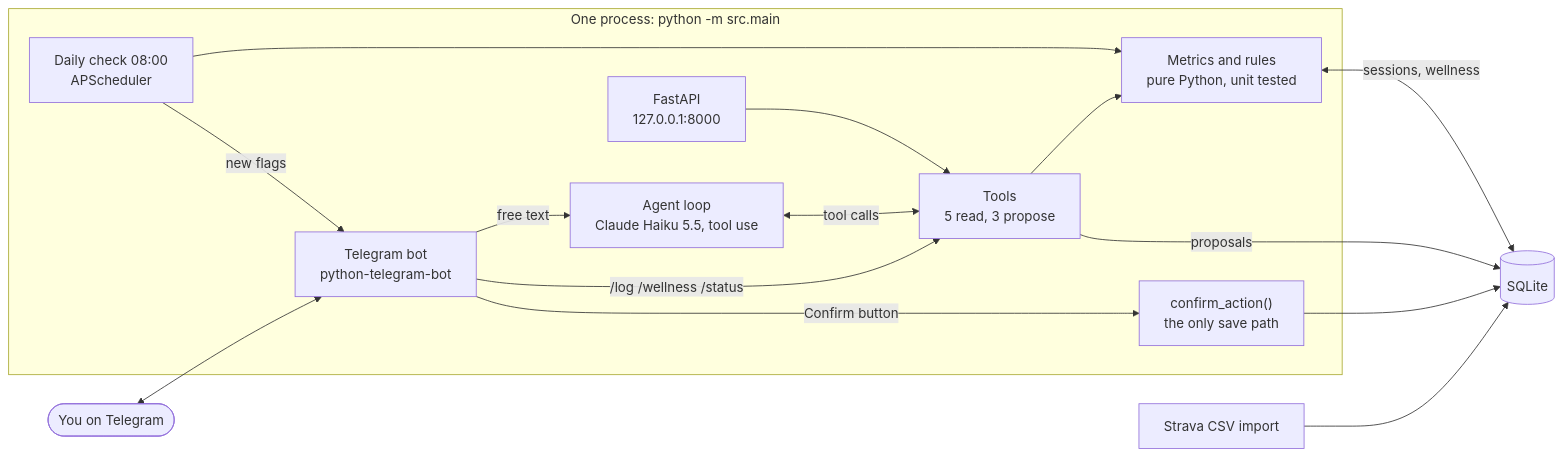
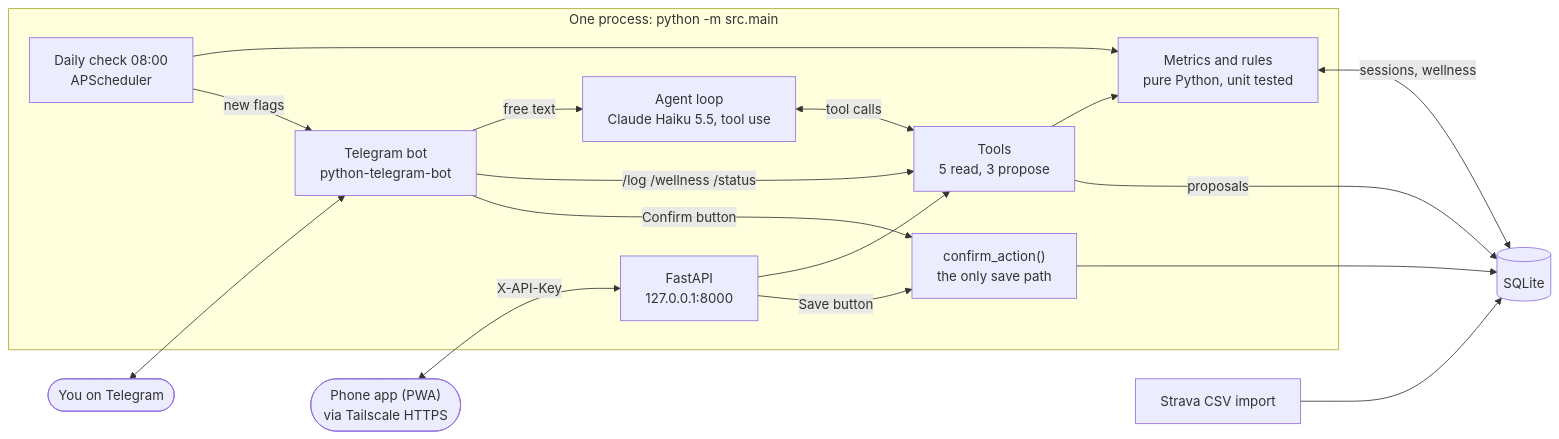
One commit to FarhangKhanjani/loadwise changed the first of 2 diagrams in README.md. Above: the diagram before and after it, drawn with Mermaid. The commit also changed other lines of this file and 22 other files, not shown here.

Commit message:
Phase 9: phone app (PWA) with today, food, training and history screens, Tailscale pairing

````diff
--- a/README.md
+++ b/README.md
@@ -29,29 +30,32 @@
 ```mermaid
 flowchart LR
     you(["You on Telegram"])
+    phone(["Phone app (PWA)<br/>via Tailscale HTTPS"])
     subgraph app["One process: python -m src.main"]
         bot["Telegram bot<br/>python-telegram-bot"]
         agent["Agent loop<br/>Claude Haiku 5.5, tool use"]
         tools["Tools<br/>5 read, 3 propose"]
         rules["Metrics and rules<br/>pure Python, unit tested"]
         confirm["confirm_action()<br/>the only save path"]
         sched["Daily check 08:00<br/>APScheduler"]
         api["FastAPI<br/>127.0.0.1:8000"]
     end
     db[("SQLite")]
     strava["Strava CSV import"]
 
     you <--> bot
     bot -->|"free text"| agent
     agent <-->|"tool calls"| tools
     bot -->|"/log /wellness /status"| tools
+    phone <-->|"X-API-Key"| api
     api --> tools
+    api -->|"Save button"| confirm
     tools --> rules
     tools -->|"proposals"| db
     bot -->|"Confirm button"| confirm
     confirm --> db
     rules <-->|"sessions, wellness"| db
     sched --> rules
     sched -->|"new flags"| bot
     strava --> db
 ```
````
